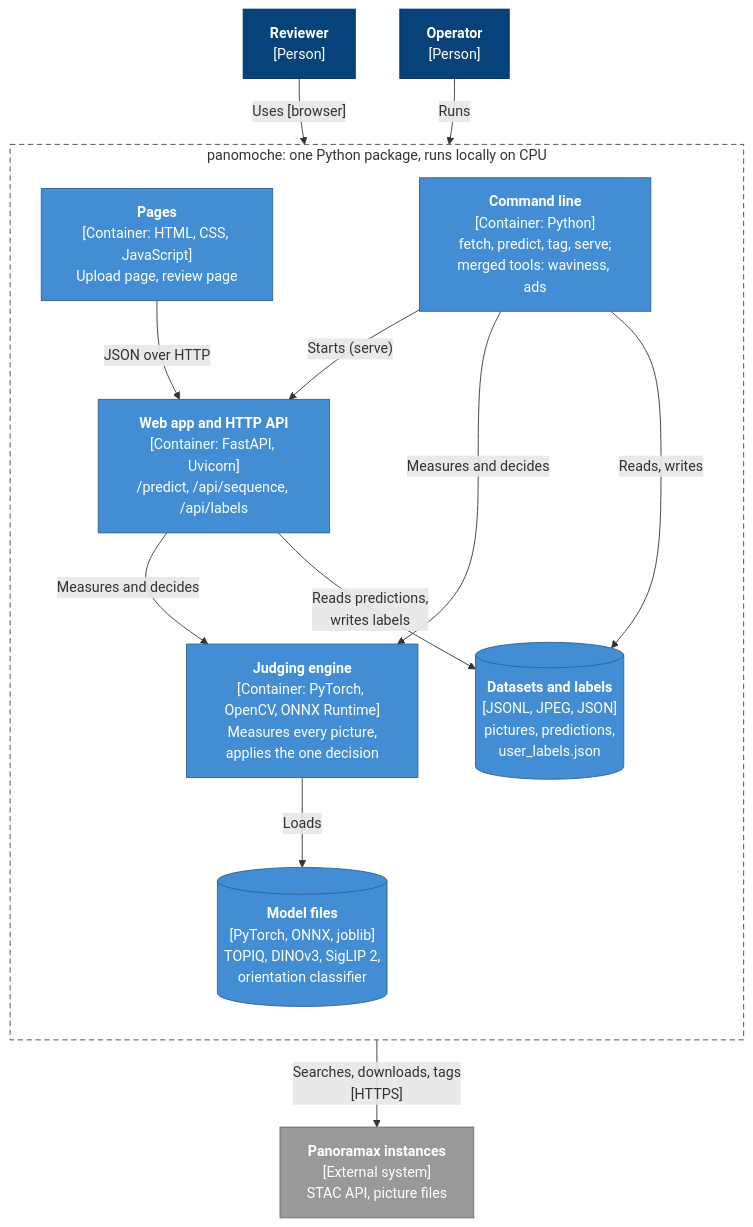
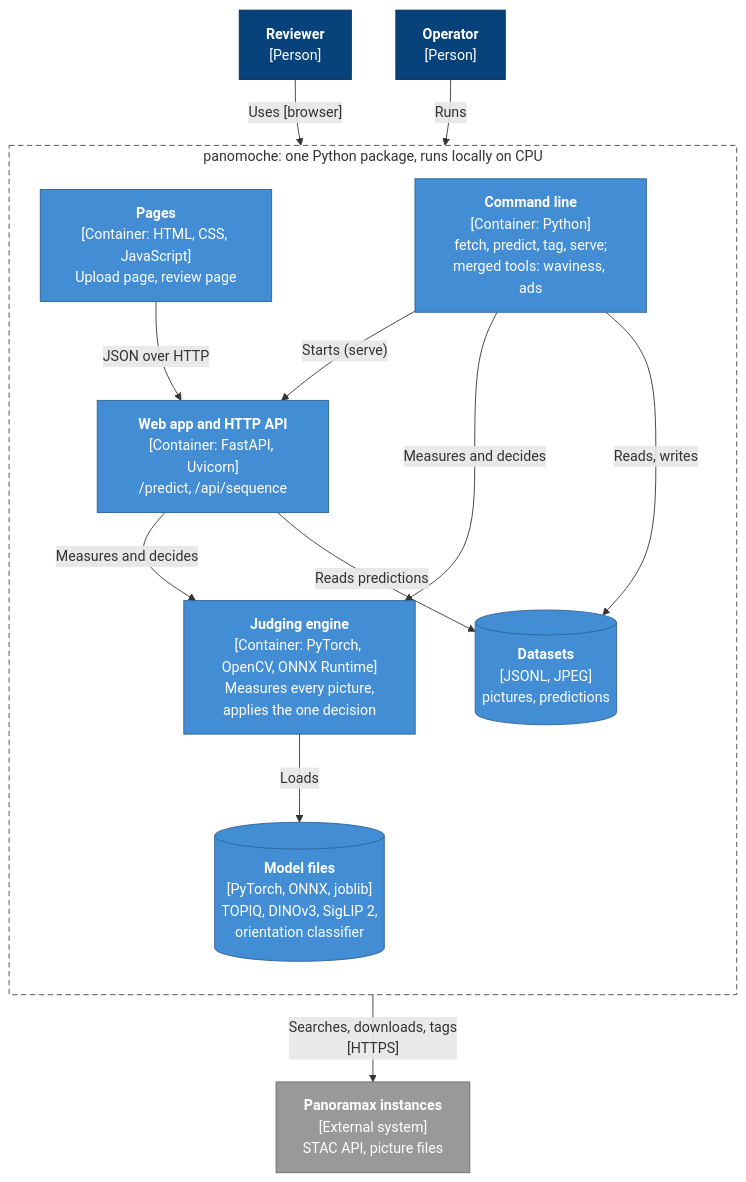
The second of 4 diagrams in docs/ARCHITECTURE.md (kaveOO/panomoche), drawn with Mermaid before and after one commit. The commit also changed other lines of this file and 15 other files, not shown here.

````diff
--- a/docs/ARCHITECTURE.md
+++ b/docs/ARCHITECTURE.md
@@ -47,36 +47,36 @@
 ```mermaid
 flowchart TB
     reviewer["<b>Reviewer</b><br/>[Person]"]
     operator["<b>Operator</b><br/>[Person]"]
     panoramax["<b>Panoramax instances</b><br/>[External system]<br/>STAC API, picture files"]
     subgraph boundary["panomoche: one Python package, runs locally on CPU"]
         direction TB
         pages["<b>Pages</b><br/>[Container: HTML, CSS, JavaScript]<br/>Upload page, review page"]
         cli["<b>Command line</b><br/>[Container: Python]<br/>fetch, predict, tag, serve;<br/>merged tools: waviness, ads"]
-        web["<b>Web app and HTTP API</b><br/>[Container: FastAPI, Uvicorn]<br/>/predict, /api/sequence, /api/labels"]
+        web["<b>Web app and HTTP API</b><br/>[Container: FastAPI, Uvicorn]<br/>/predict, /api/sequence"]
         engine["<b>Judging engine</b><br/>[Container: PyTorch, OpenCV, ONNX Runtime]<br/>Measures every picture,<br/>applies the one decision"]
-        data[("<b>Datasets and labels</b><br/>[JSONL, JPEG, JSON]<br/>pictures, predictions,<br/>user_labels.json")]
+        data[("<b>Datasets</b><br/>[JSONL, JPEG]<br/>pictures, predictions")]
         models[("<b>Model files</b><br/>[PyTorch, ONNX, joblib]<br/>TOPIQ, DINOv3, SigLIP 2,<br/>orientation classifier")]
     end
     reviewer -- "Uses [browser]" --> pages
     operator -- "Runs" --> cli
     pages -- "JSON over HTTP" --> web
     cli -- "Starts (serve)" --> web
     web -- "Measures and decides" --> engine
     cli -- "Measures and decides" --> engine
     cli -- "Searches, downloads, tags<br/>[HTTPS]" --> panoramax
     cli -- "Reads, writes" --> data
-    web -- "Reads predictions,<br/>writes labels" --> data
+    web -- "Reads predictions" --> data
     engine -- "Loads" --> models
     classDef person fill:#08427b,stroke:#052e56,color:#fff
     classDef system fill:#1168bd,stroke:#0b4884,color:#fff
     classDef container fill:#438dd5,stroke:#2e6295,color:#fff
     classDef component fill:#85bbf0,stroke:#5d82a8,color:#000
     classDef store fill:#438dd5,stroke:#2e6295,color:#fff
     classDef ext fill:#999999,stroke:#6b6b6b,color:#fff
     class reviewer,operator person
     class pages,cli,web,engine container
     class data,models store
     class panoramax ext
     style boundary fill:none,stroke:#444,stroke-dasharray:6 4
 ```
````
